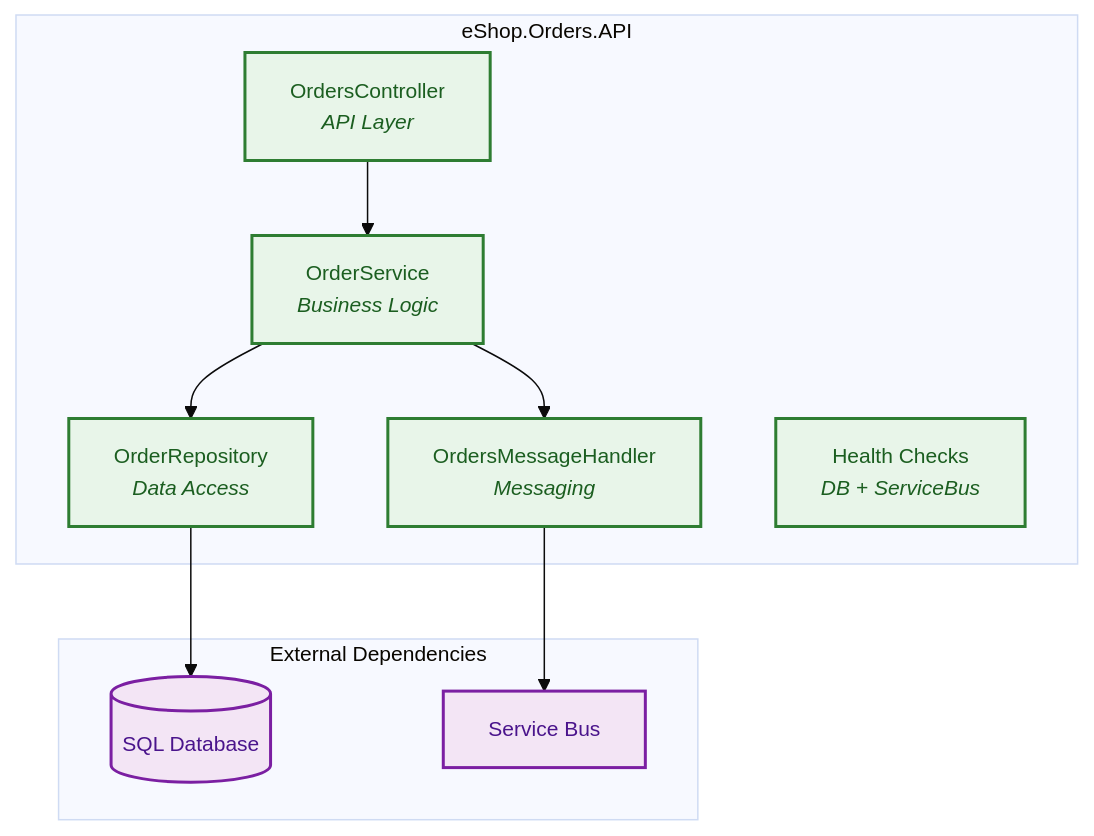
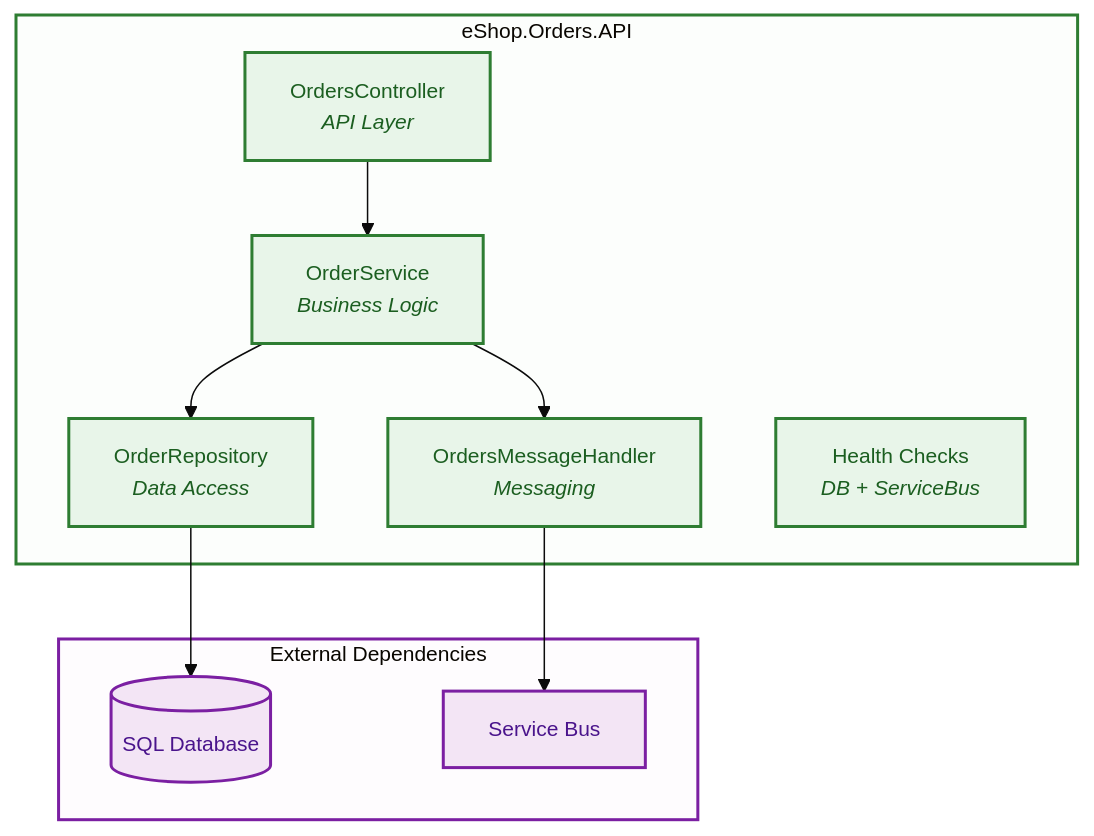
Before and after one commit to Evilazaro/Azure-LogicApps-Monitoring: the second of 5 diagrams in docs/architecture/03-application-architecture.md, drawn with Mermaid. The commit also changed other lines of this file and 1 other file, not shown here.

Commit message:
Enhance architecture diagrams with improved subgraph container styling for better visual layer grouping

````diff
--- a/docs/architecture/03-application-architecture.md
+++ b/docs/architecture/03-application-architecture.md
@@ -142,29 +148,33 @@
 ```mermaid
 %%{init: {'theme': 'base', 'themeVariables': { 'fontSize': '14px'}}}%%
 flowchart TB
     subgraph API["eShop.Orders.API"]
         Controller["OrdersController<br/><i>API Layer</i>"]
         Service["OrderService<br/><i>Business Logic</i>"]
         Repository["OrderRepository<br/><i>Data Access</i>"]
         Handler["OrdersMessageHandler<br/><i>Messaging</i>"]
         HealthChecks["Health Checks<br/><i>DB + ServiceBus</i>"]
     end
 
     subgraph External["External Dependencies"]
         DB[("SQL Database")]
         SB["Service Bus"]
     end
 
     Controller --> Service
     Service --> Repository
     Service --> Handler
     Repository --> DB
     Handler --> SB
 
     %% Accessible color palette
     classDef internal fill:#e8f5e9,stroke:#2e7d32,stroke-width:2px,color:#1b5e20
     classDef external fill:#f3e5f5,stroke:#7b1fa2,stroke-width:2px,color:#4a148c
 
     class Controller,Service,Repository,Handler,HealthChecks internal
     class DB,SB external
+
+    %% Subgraph container styling for visual layer grouping
+    style API fill:#e8f5e922,stroke:#2e7d32,stroke-width:2px
+    style External fill:#f3e5f522,stroke:#7b1fa2,stroke-width:2px
 ```
````
